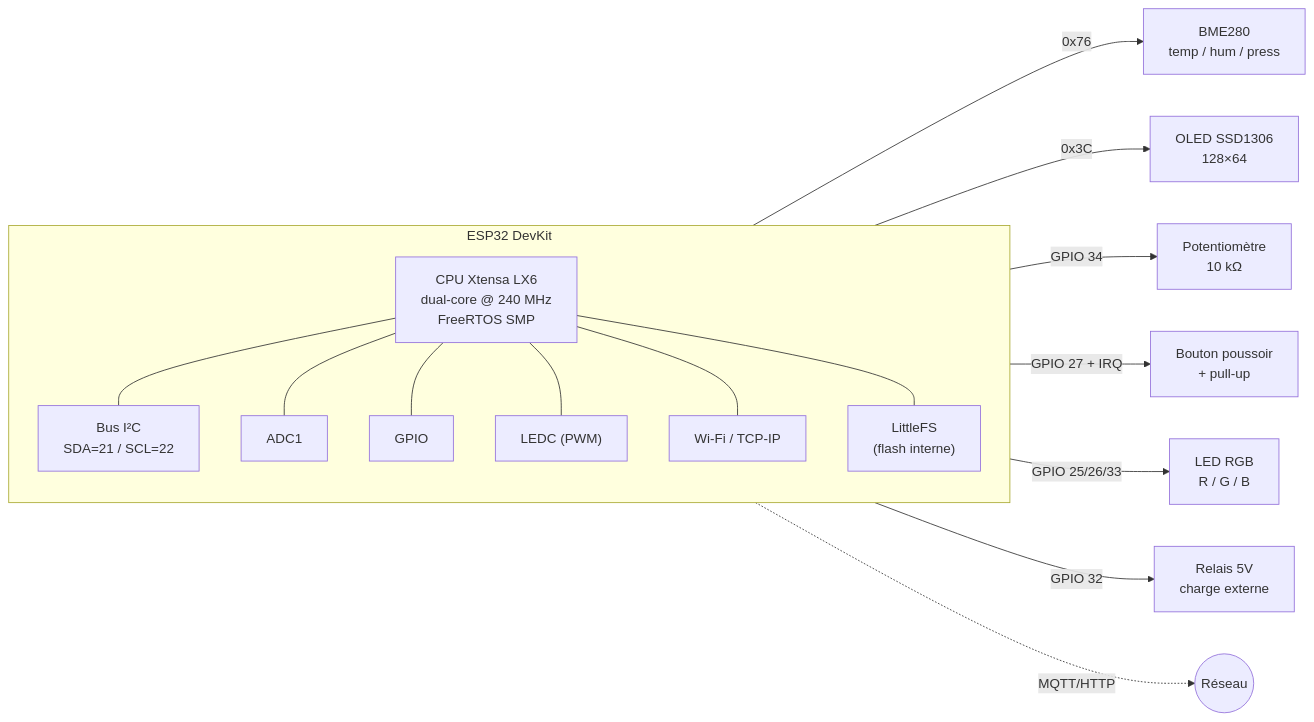
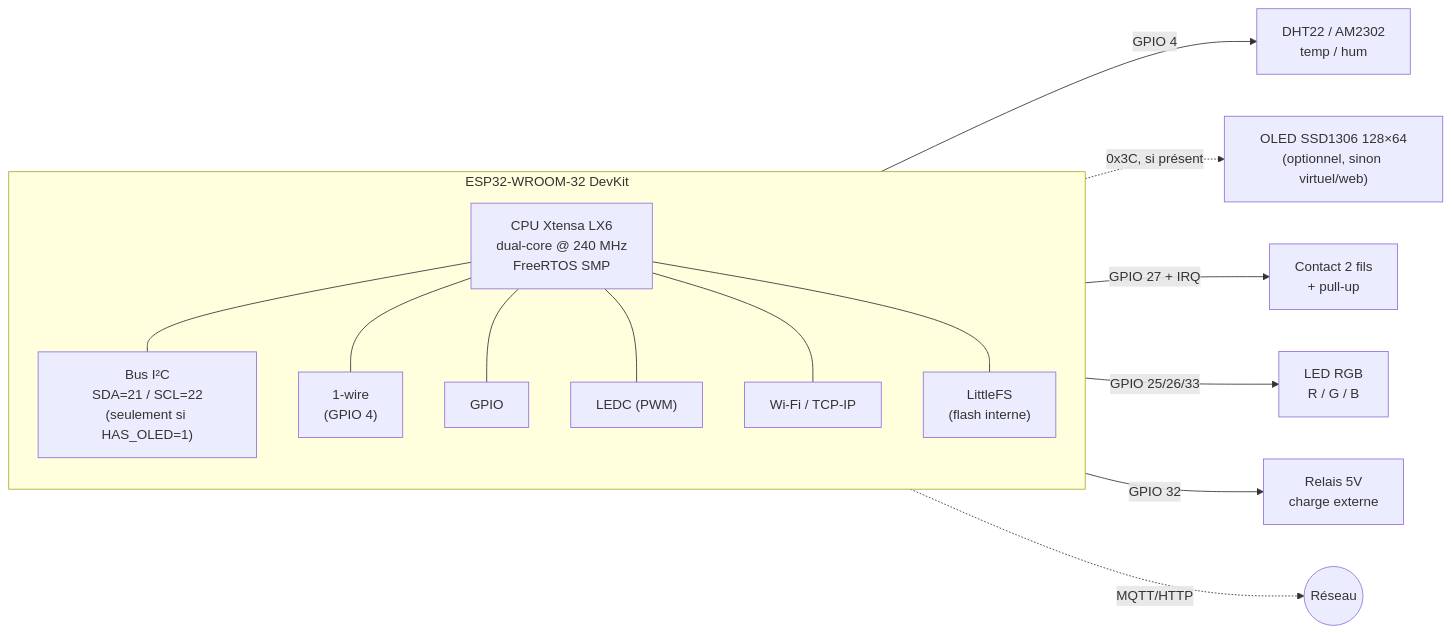
The first of 3 diagrams in README.md (Jaden38/esp32-secure-iot-station), drawn with Mermaid before and after one commit. The commit also changed other lines of this file, not shown here.

````diff
--- a/README.md
+++ b/README.md
@@ -30,36 +35,34 @@
 ```mermaid
 flowchart LR
-    subgraph ESP32["ESP32 DevKit"]
+    subgraph ESP32["ESP32-WROOM-32 DevKit"]
         direction TB
         MCU["CPU Xtensa LX6<br/>dual-core @ 240 MHz<br/>FreeRTOS SMP"]
-        I2C["Bus I²C<br/>SDA=21 / SCL=22"]
-        ADC["ADC1"]
+        I2C["Bus I²C<br/>SDA=21 / SCL=22<br/>(seulement si HAS_OLED=1)"]
+        ONEW["1-wire<br/>(GPIO 4)"]
         GPIO["GPIO"]
         PWM["LEDC (PWM)"]
         WIFI["Wi-Fi / TCP-IP"]
         FS["LittleFS<br/>(flash interne)"]
     end
 
-    BME["BME280<br/>temp / hum / press"]
-    OLED["OLED SSD1306<br/>128×64"]
-    POT["Potentiomètre<br/>10 kΩ"]
-    BTN["Bouton poussoir<br/>+ pull-up"]
+    DHT["DHT22 / AM2302<br/>temp / hum"]
+    OLED["OLED SSD1306 128×64<br/>(optionnel, sinon virtuel/web)"]
+    CONTACT["Contact 2 fils<br/>+ pull-up"]
     LED["LED RGB<br/>R / G / B"]
     RLY["Relais 5V<br/>charge externe"]
 
-    I2C -->|0x76| BME
-    I2C -->|0x3C| OLED
-    ADC -->|GPIO 34| POT
-    GPIO -->|GPIO 27 + IRQ| BTN
+    ONEW -->|GPIO 4| DHT
+    I2C -.->|0x3C, si présent| OLED
+    GPIO -->|GPIO 27 + IRQ| CONTACT
     PWM -->|GPIO 25/26/33| LED
     GPIO -->|GPIO 32| RLY
 
     MCU --- I2C
-    MCU --- ADC
+    MCU --- ONEW
     MCU --- GPIO
     MCU --- PWM
     MCU --- WIFI
     MCU --- FS
 
     WIFI -.->|MQTT/HTTP| NET((Réseau))
 ```
````
